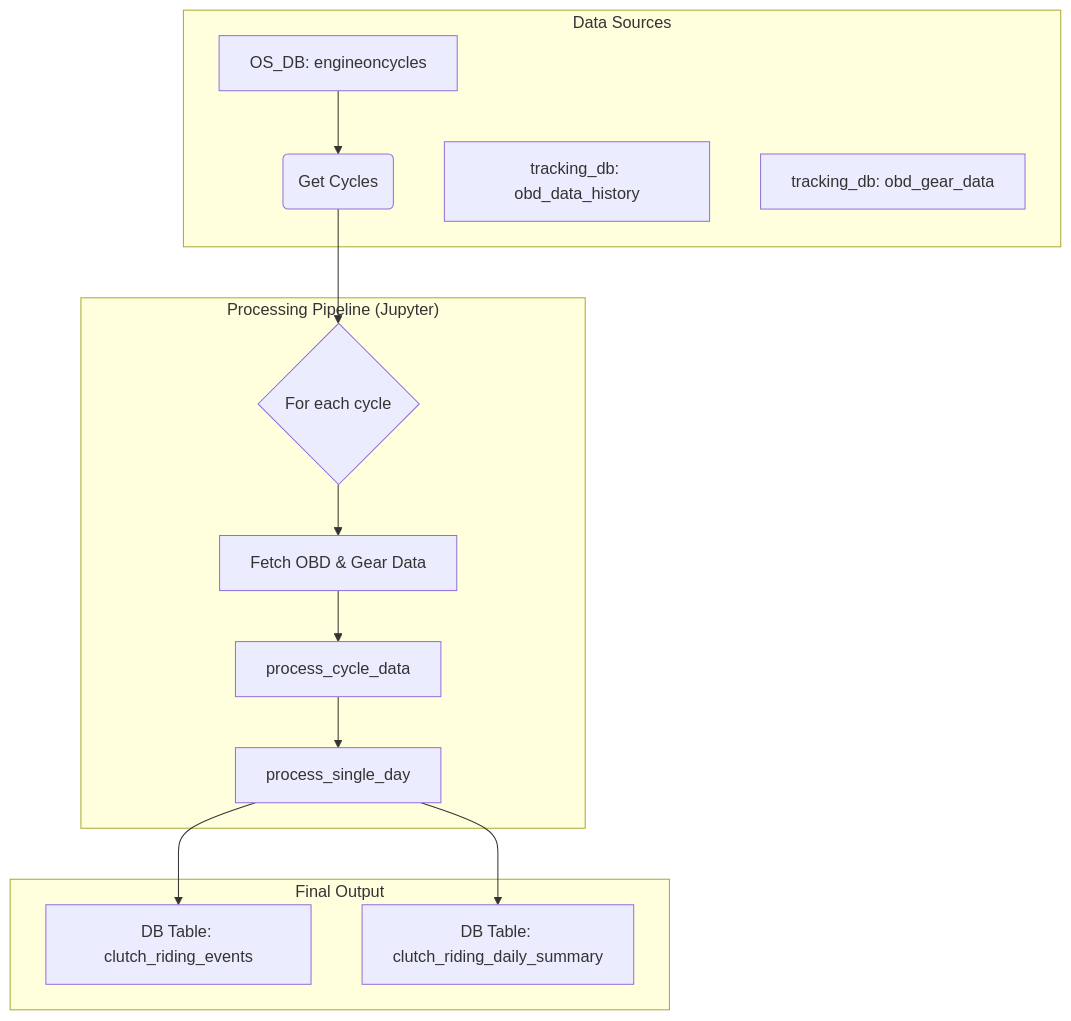
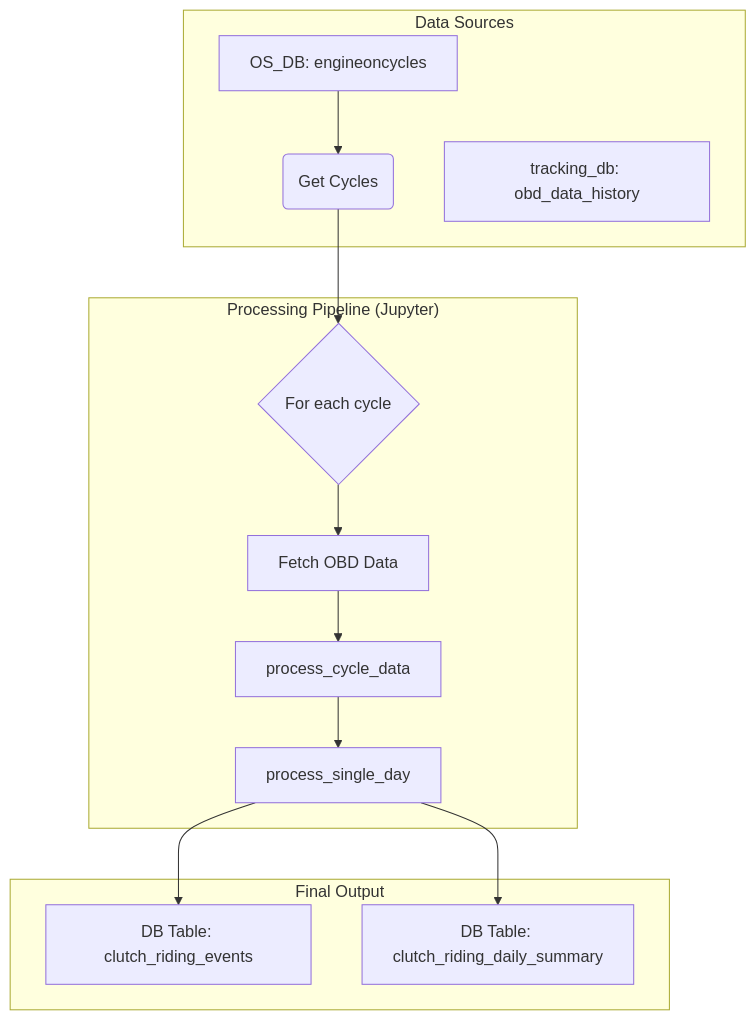
Before and after one commit to walterbrown17/clutch_riding: the first of 3 diagrams in SIMPLE_PRD.md, drawn with Mermaid. The commit also changed other lines of this file, not shown here.

````diff
--- a/SIMPLE_PRD.md
+++ b/SIMPLE_PRD.md
@@ -40,20 +40,19 @@
 ```mermaid
 graph TD
     subgraph "Data Sources"
         A[OS_DB: engineoncycles] --> B;
         C[tracking_db: obd_data_history];
-        D[tracking_db: obd_gear_data];
     end
 
     subgraph "Processing Pipeline (Jupyter)"
         B(Get Cycles) --> E{For each cycle};
-        E --> F[Fetch OBD & Gear Data];
+        E --> F[Fetch OBD Data];
         F --> G[process_cycle_data];
         G --> H[process_single_day];
     end
     
     subgraph "Final Output"
         H --> I[DB Table: clutch_riding_events];
         H --> J[DB Table: clutch_riding_daily_summary];
     end
 ```
````
